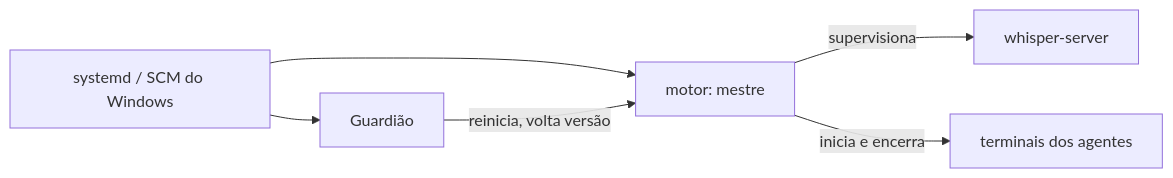
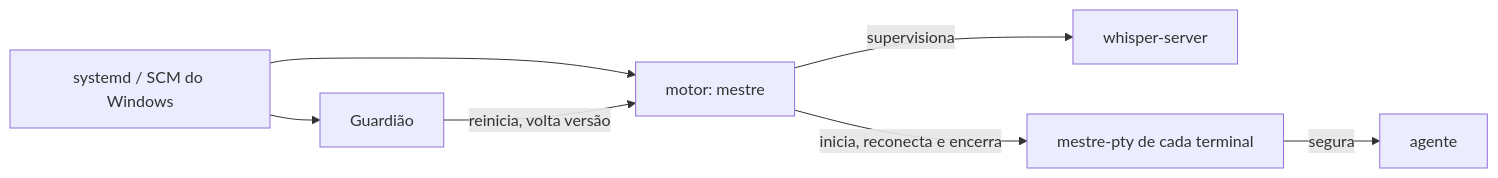
One commit to lucasndas/mestre changed the diagram in docs/arquitetura/componentes.md. Above: the diagram before and after it, drawn with Mermaid. The commit also changed other lines of this file and 24 other files, not shown here.

First line of the commit message:
docs: terminals survive the engine in their own mestre-pty process (#3)

````diff
--- a/docs/arquitetura/componentes.md
+++ b/docs/arquitetura/componentes.md
@@ -119,8 +126,9 @@
 ```mermaid
 flowchart LR
   SO[systemd / SCM do Windows] --> G[Guardião]
   SO --> M[motor: mestre]
   G -- reinicia, volta versão --> M
   M -- supervisiona --> W[whisper-server]
-  M -- inicia e encerra --> T[terminais dos agentes]
+  M -- inicia, reconecta e encerra --> P[mestre-pty de cada terminal]
+  P -- segura --> T[agente]
 ```
````
